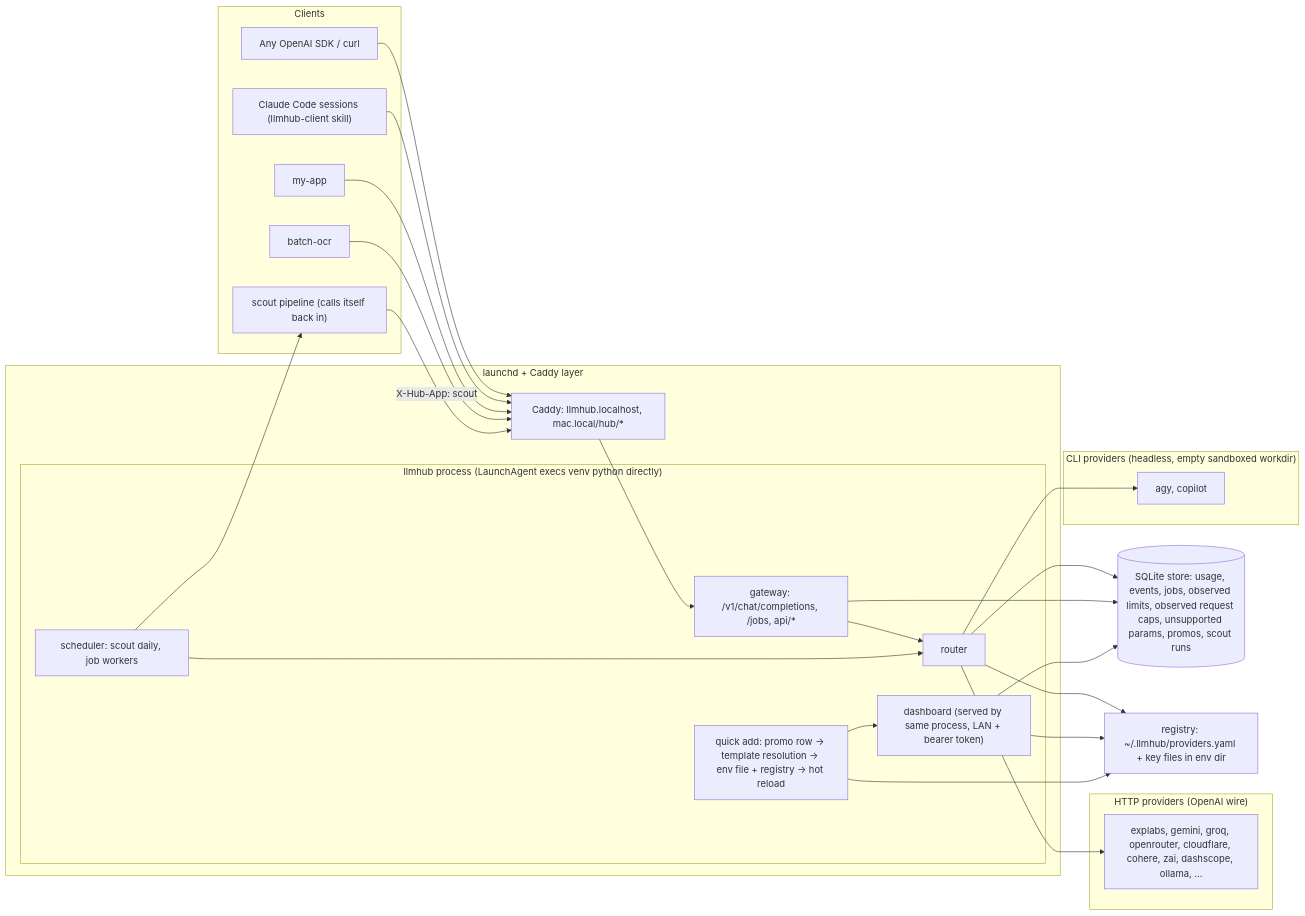
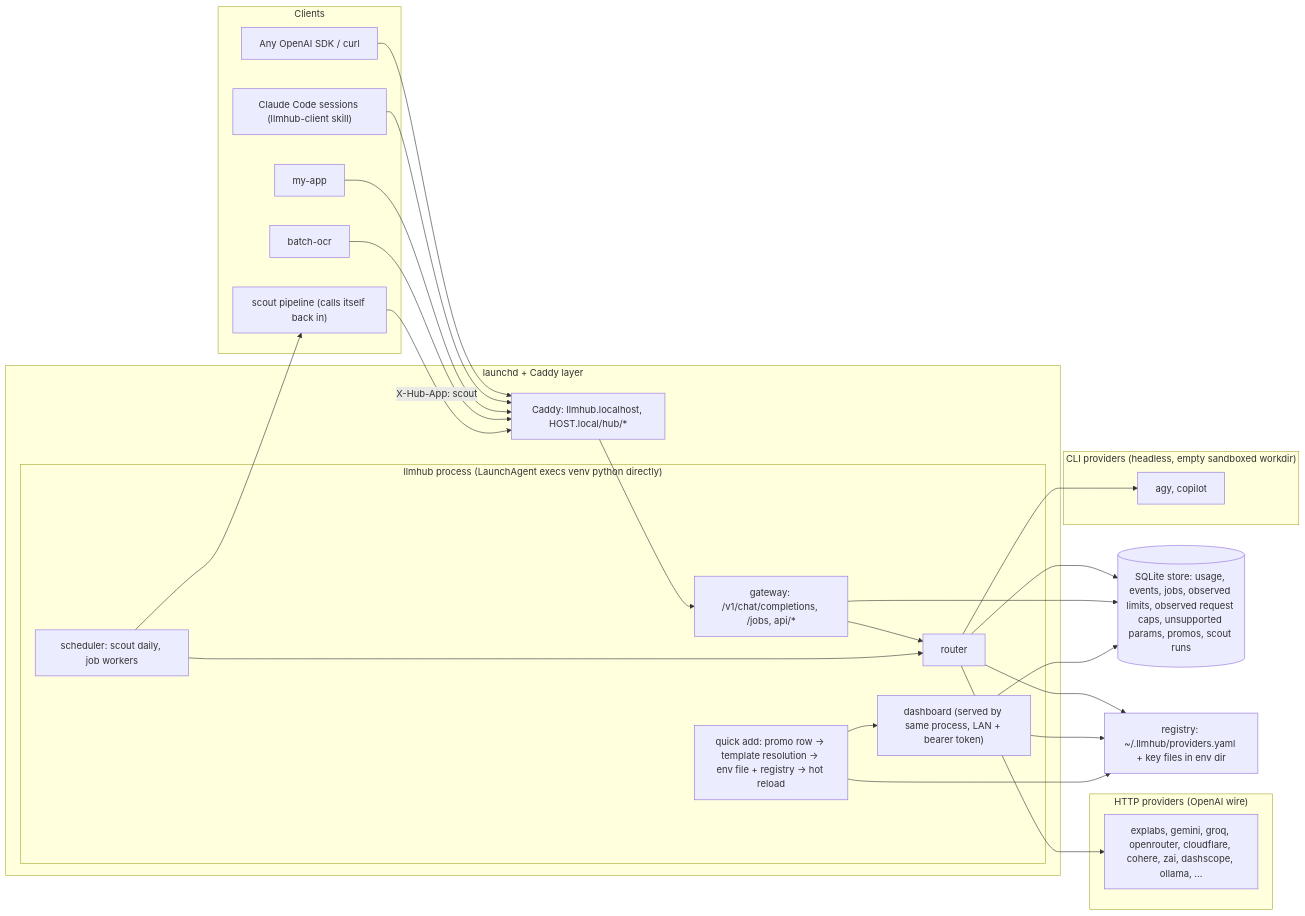
One commit to jarokruczynski/llmhub changed the diagram in README.md. Above: the diagram before and after it, drawn with Mermaid. The commit also changed other lines of this file and 4 other files, not shown here.

Commit message:
docs: <host>.local instead of this machine's name, neutral app names in the dev mock

````diff
--- a/README.md
+++ b/README.md
@@ -25,55 +25,55 @@
 ```mermaid
 flowchart LR
     subgraph clients["Clients"]
         SDK["Any OpenAI SDK / curl"]
         CC["Claude Code sessions (llmhub-client skill)"]
         APPA["my-app"]
         APPB["batch-ocr"]
         SCOUTCLIENT["scout pipeline (calls itself back in)"]
     end
 
     subgraph outer["launchd + Caddy layer"]
-        CADDY["Caddy: llmhub.localhost, mac.local/hub/*"]
+        CADDY["Caddy: llmhub.localhost, HOST.local/hub/*"]
 
         subgraph proc["llmhub process (LaunchAgent execs venv python directly)"]
             GW["gateway: /v1/chat/completions, /jobs, api/*"]
             ROUTER["router"]
             SCHED["scheduler: scout daily, job workers"]
             DASH["dashboard (served by same process, LAN + bearer token)"]
             QUICKADD["quick add: promo row -> template resolution -> env file + registry -> hot reload"]
         end
     end
 
     subgraph httpbackends["HTTP providers (OpenAI wire)"]
         HTTPLIST["explabs, gemini, groq, openrouter, cloudflare, cohere, zai, dashscope, ollama, ..."]
     end
 
     subgraph clibackends["CLI providers (headless, empty sandboxed workdir)"]
         CLILIST["agy, copilot"]
     end
 
     STORE[("SQLite store: usage, events, jobs, observed limits, observed request caps, unsupported params, promos, scout runs")]
     REGISTRY["registry: ~/.llmhub/providers.yaml + key files in env dir"]
 
     SDK --> CADDY
     CC --> CADDY
     APPA --> CADDY
     APPB --> CADDY
     CADDY --> GW
 
     GW --> ROUTER
     ROUTER --> HTTPLIST
     ROUTER --> CLILIST
     ROUTER --> STORE
     ROUTER --> REGISTRY
     GW --> STORE
 
     SCHED --> ROUTER
     SCHED --> SCOUTCLIENT
     SCOUTCLIENT -->|X-Hub-App: scout| CADDY
 
     DASH --> STORE
     DASH --> REGISTRY
     QUICKADD --> REGISTRY
     QUICKADD --> DASH
 ```
````
